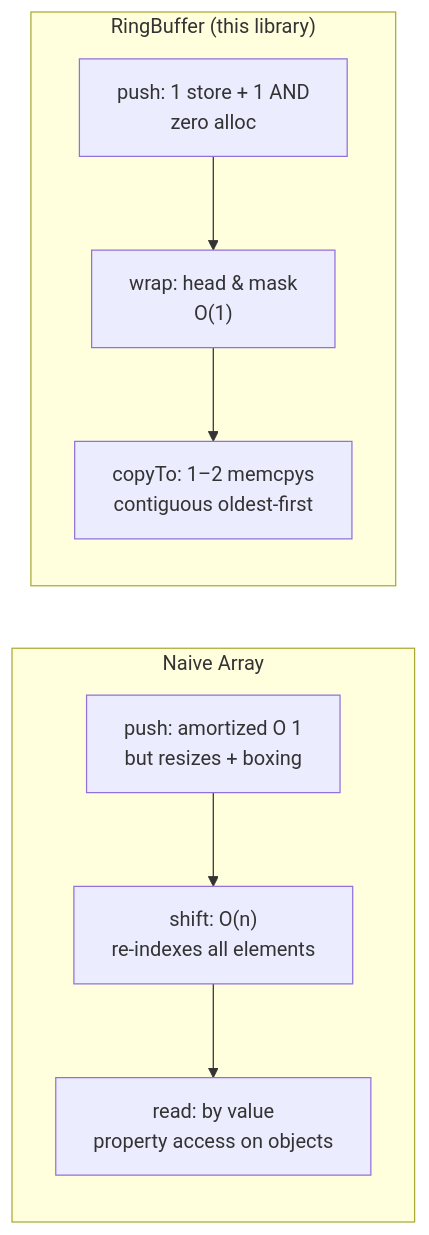
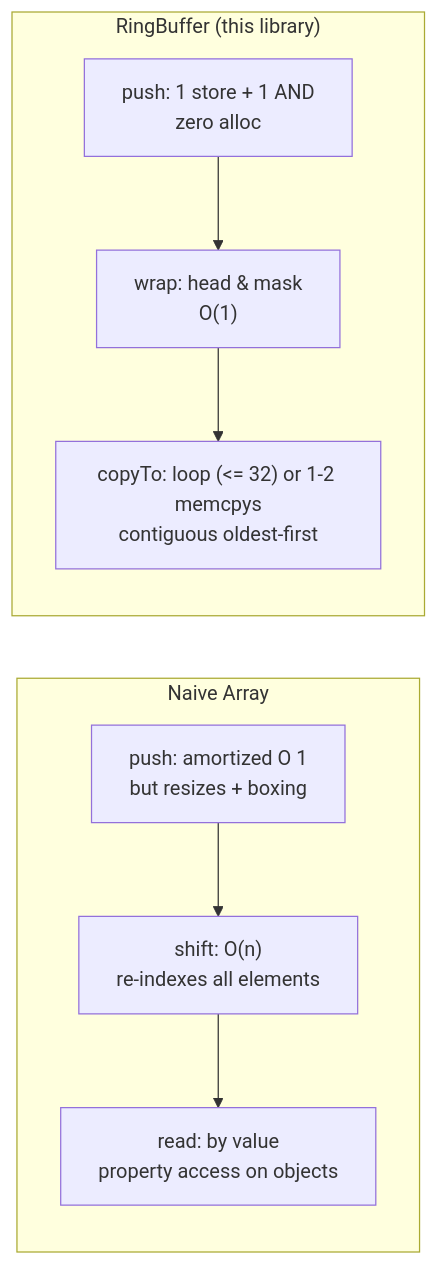
One commit to PeshoVurtoleta/lite-ring-buffer changed the first of 4 diagrams in README.md. Above: the diagram before and after it, drawn with Mermaid. The commit also changed other lines of this file and 8 other files, not shown here.

````diff
--- a/README.md
+++ b/README.md
@@ -70,17 +70,17 @@
 ```mermaid
 flowchart LR
     subgraph N["Naive Array"]
         direction TB
         N1["push: amortized O 1<br/>but resizes + boxing"]
         N2["shift: O(n)<br/>re-indexes all elements"]
         N3["read: by value<br/>property access on objects"]
         N1 --> N2 --> N3
     end
     subgraph R["RingBuffer (this library)"]
         direction TB
         R1["push: 1 store + 1 AND<br/>zero alloc"]
         R2["wrap: head & mask<br/>O(1)"]
-        R3["copyTo: 1–2 memcpys<br/>contiguous oldest-first"]
+        R3["copyTo: loop (<= 32) or 1-2 memcpys<br/>contiguous oldest-first"]
         R1 --> R2 --> R3
     end
 ```
````
